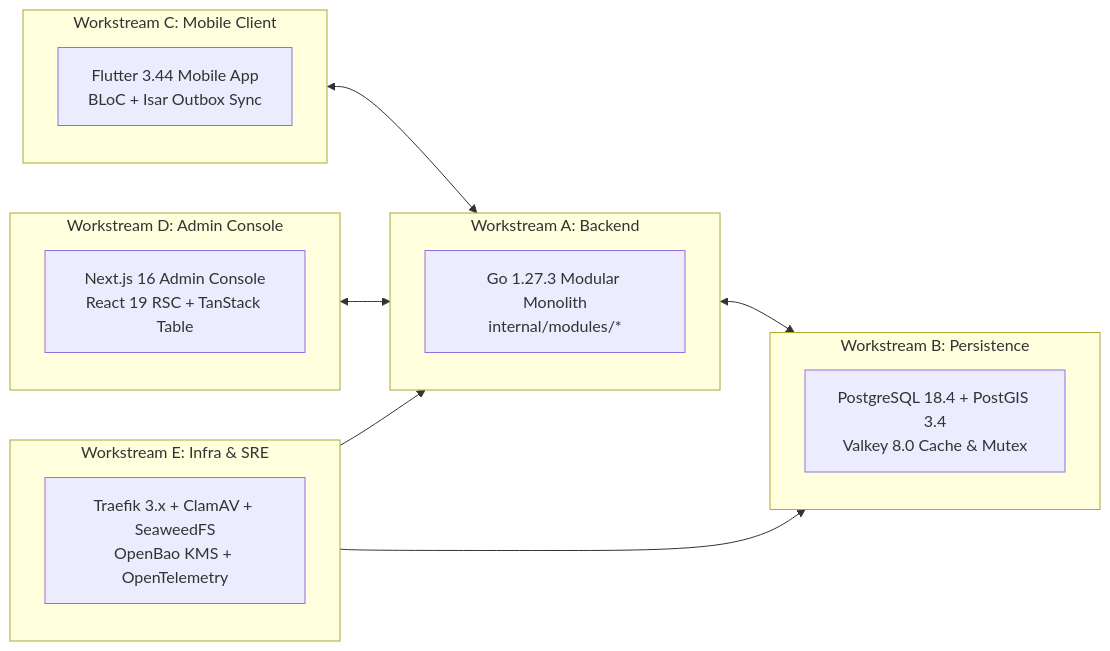
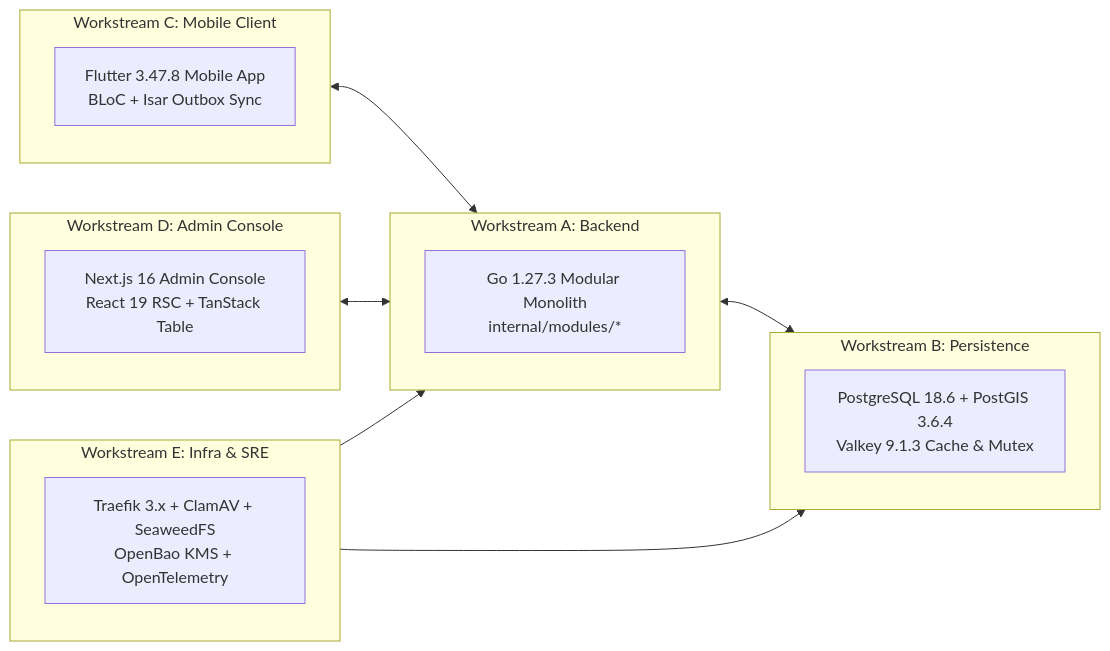
One commit to YDink/Heavy-Machinery-Logistics-Rental changed the third of 5 diagrams in docs/shared/architecture/13-implementation-roadmap.md. Above: the diagram before and after it, drawn with Mermaid. The commit also changed other lines of this file and 212 other files, not shown here.

````diff
--- a/docs/shared/architecture/13-implementation-roadmap.md
+++ b/docs/shared/architecture/13-implementation-roadmap.md
@@ -163,24 +163,24 @@
 ```mermaid
 flowchart LR
     subgraph StreamA [Workstream A: Backend]
         GoMonolith["Go 1.27.3 Modular Monolith<br/>internal/modules/*"]
     end
     subgraph StreamB [Workstream B: Persistence]
-        DB["PostgreSQL 18.4 + PostGIS 3.4<br/>Valkey 8.0 Cache & Mutex"]
+        DB["PostgreSQL 18.6 + PostGIS 3.6.4<br/>Valkey 9.1.3 Cache & Mutex"]
     end
     subgraph StreamC [Workstream C: Mobile Client]
-        Flutter["Flutter 3.44 Mobile App<br/>BLoC + Isar Outbox Sync"]
+        Flutter["Flutter 3.47.8 Mobile App<br/>BLoC + Isar Outbox Sync"]
     end
     subgraph StreamD [Workstream D: Admin Console]
         NextJS["Next.js 16 Admin Console<br/>React 19 RSC + TanStack Table"]
     end
     subgraph StreamE [Workstream E: Infra & SRE]
         Infra["Traefik 3.x + ClamAV + SeaweedFS<br/>OpenBao KMS + OpenTelemetry"]
     end
 
     StreamA <--> StreamB
     StreamC <--> StreamA
     StreamD <--> StreamA
     StreamE --> StreamA
     StreamE --> StreamB
 ```
````
